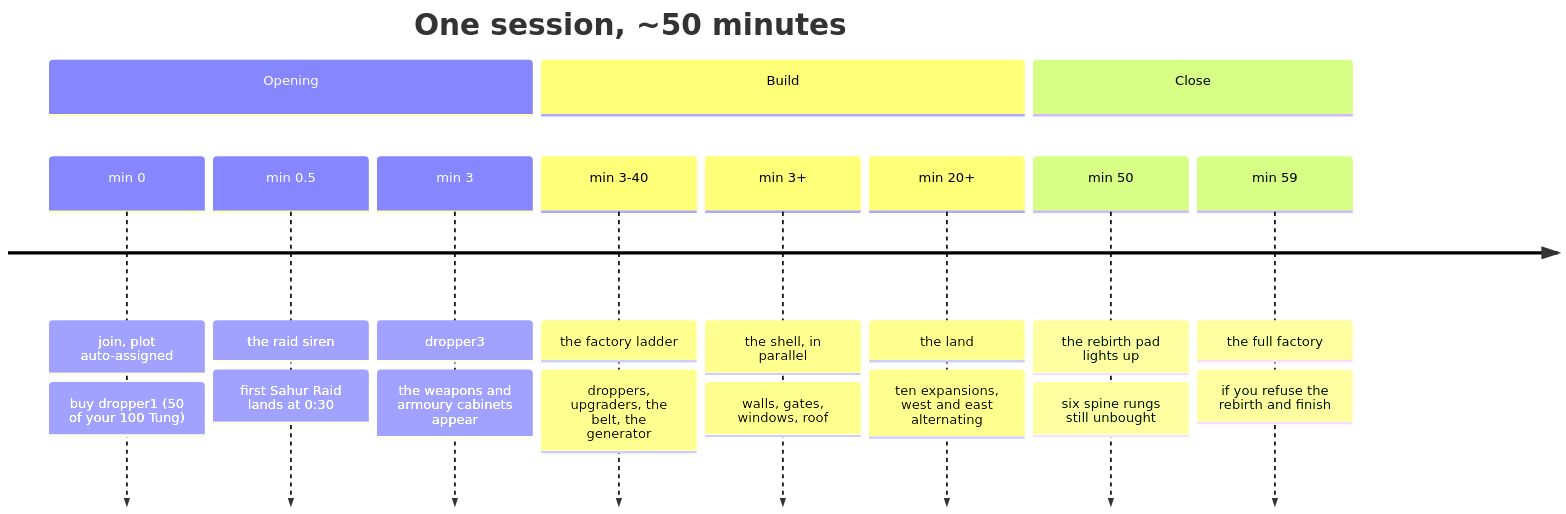
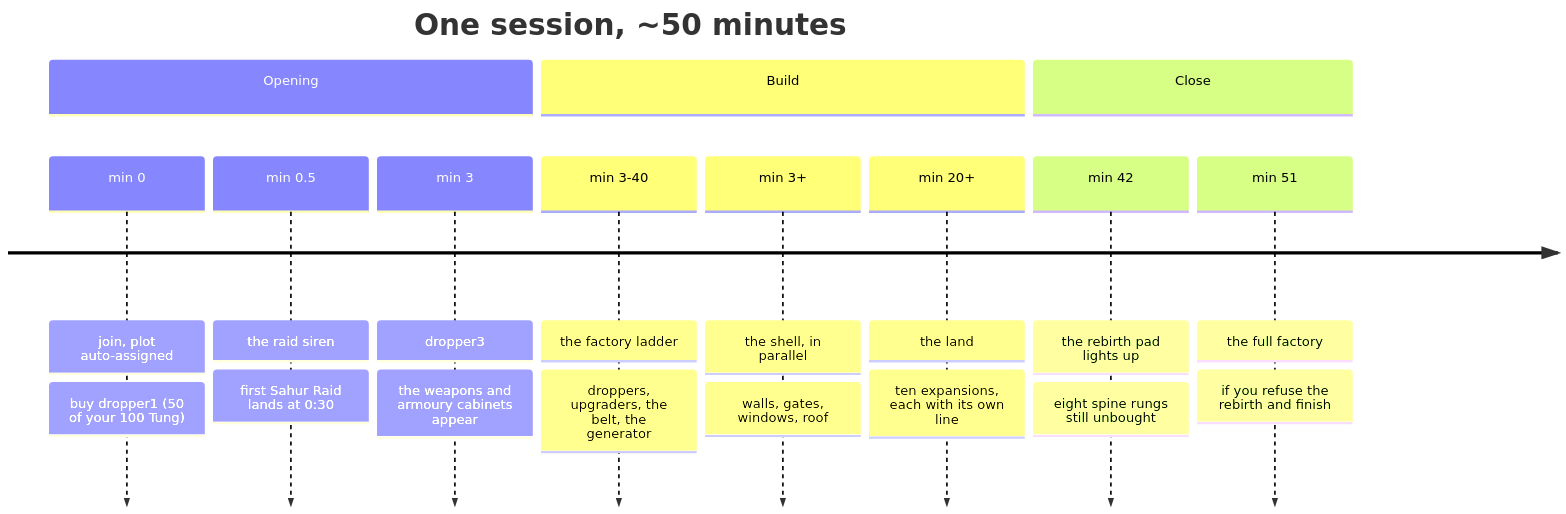
The first of 6 diagrams in docs/design/GAME.md (adit-rah/ttt), drawn with Mermaid before and after one commit. The commit also changed other lines of this file and 10 other files, not shown here.

````diff
--- a/docs/design/GAME.md
+++ b/docs/design/GAME.md
@@ -34,15 +34,15 @@
 ```mermaid
 timeline
     title One session, ~50 minutes
     section Opening
         min 0  : join, plot auto-assigned : buy dropper1 (50 of your 100 Tung)
         min 0.5 : the raid siren : first Sahur Raid lands at 0:30
         min 3  : dropper3 : the weapons and armoury cabinets appear
     section Build
         min 3-40 : the factory ladder : droppers, upgraders, the belt, the generator
         min 3+   : the shell, in parallel : walls, gates, windows, roof
-        min 20+  : the land : ten expansions, west and east alternating
+        min 20+  : the land : ten expansions, each with its own line
     section Close
-        min 50 : the rebirth pad lights up : six spine rungs still unbought
-        min 59 : the full factory : if you refuse the rebirth and finish
+        min 42 : the rebirth pad lights up : eight spine rungs still unbought
+        min 51 : the full factory : if you refuse the rebirth and finish
 ```
````
